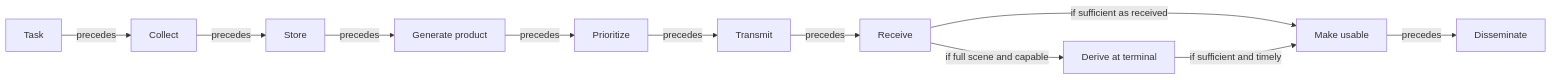
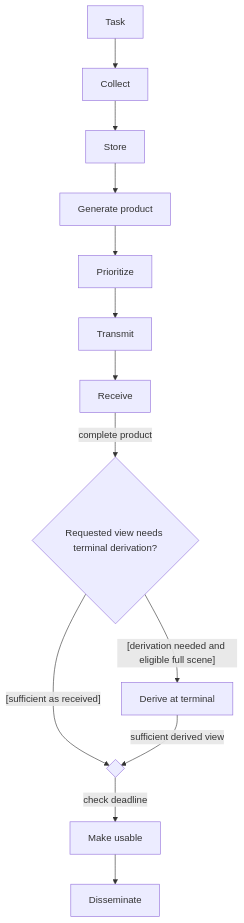
One commit to noahstephenson/leo-edge-architecture changed the third of 14 diagrams in docs/reference/VIEWS.md. Above: the diagram before and after it, drawn with Mermaid. The commit also changed other lines of this file and 128 other files, not shown here.

First line of the commit message:
Complete bounded architecture study and review manuscript

````diff
--- a/docs/reference/VIEWS.md
+++ b/docs/reference/VIEWS.md
@@ -38,23 +55,27 @@
 ```mermaid
-flowchart LR
+flowchart TB
     n_F_01["Task"]
     n_F_02["Collect"]
     n_F_03["Store"]
     n_F_04["Generate product"]
     n_F_05["Prioritize"]
     n_F_06["Transmit"]
     n_F_07["Receive"]
     n_F_08["Derive at terminal"]
     n_F_09["Make usable"]
     n_F_10["Disseminate"]
-    n_F_01 -->|precedes| n_F_02
-    n_F_02 -->|precedes| n_F_03
-    n_F_03 -->|precedes| n_F_04
-    n_F_04 -->|precedes| n_F_05
-    n_F_05 -->|precedes| n_F_06
-    n_F_06 -->|precedes| n_F_07
-    n_F_07 -->|if full scene and capable| n_F_08
-    n_F_07 -->|if sufficient as received| n_F_09
-    n_F_08 -->|if sufficient and timely| n_F_09
-    n_F_09 -->|precedes| n_F_10
+    n_CTRL_DERIVE{"Requested view needs terminal derivation?"}
+    n_CTRL_MERGE{" "}
+    n_F_01 --> n_F_02
+    n_F_02 --> n_F_03
+    n_F_03 --> n_F_04
+    n_F_04 --> n_F_05
+    n_F_05 --> n_F_06
+    n_F_06 --> n_F_07
+    n_F_07 -->|"complete product"| n_CTRL_DERIVE
+    n_CTRL_DERIVE -->|"[derivation needed and eligible full scene]"| n_F_08
+    n_CTRL_DERIVE -->|"[sufficient as received]"| n_CTRL_MERGE
+    n_F_08 -->|"sufficient derived view"| n_CTRL_MERGE
+    n_CTRL_MERGE -->|"check deadline"| n_F_09
+    n_F_09 --> n_F_10
 ```
````
